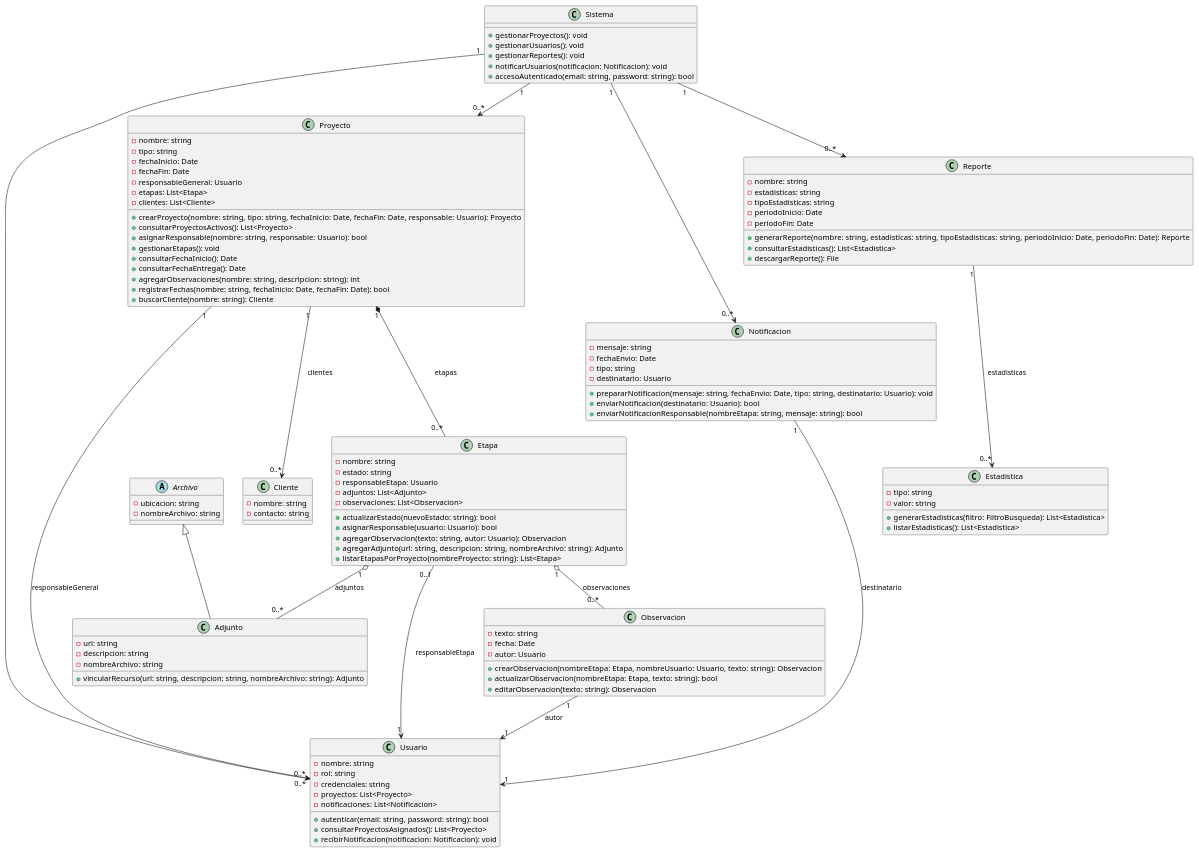
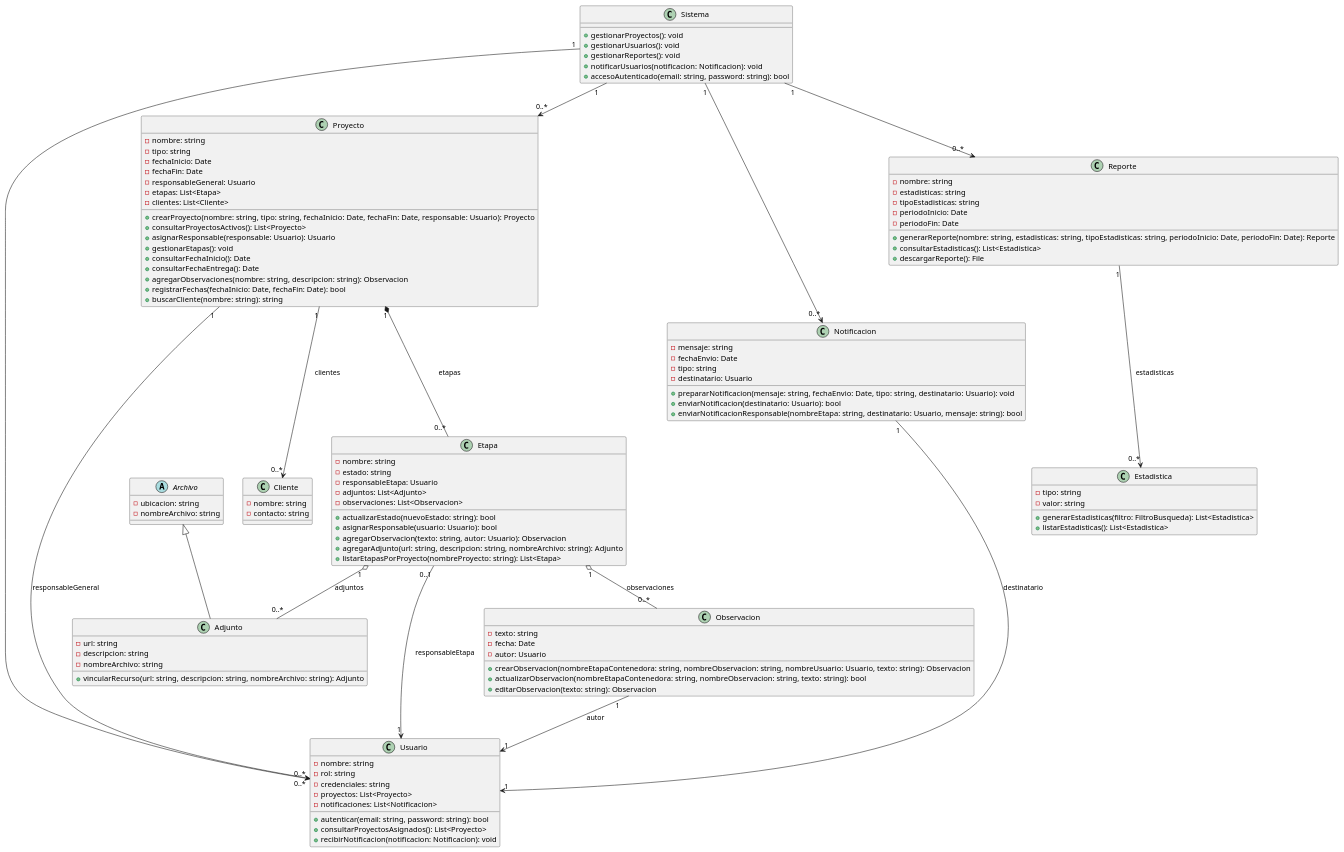
One commit to 9919-Mili/SistemaProductoraVideos changed the diagram in diagramas/01-diagrama-clases/01-diagrama-clases-final.puml. Above: the diagram before and after it, drawn with PlantUML. The commit also changed 1 other file, not shown here.

Commit message:
Fixes diagrama de clases final

```diff
--- a/diagramas/01-diagrama-clases/01-diagrama-clases-final.puml
+++ b/diagramas/01-diagrama-clases/01-diagrama-clases-final.puml
@@ -1,130 +1,130 @@
 @startuml 01-diagrama-clases-final-refinado
 
 ' Diagrama de clases refinado (copia consistente con matrices CLAE y CRC)
 
 abstract class Archivo {
     - ubicacion: string
     - nombreArchivo: string
 }
 
 class Sistema {
     + gestionarProyectos(): void
     + gestionarUsuarios(): void
     + gestionarReportes(): void
     + notificarUsuarios(notificacion: Notificacion): void
     + accesoAutenticado(email: string, password: string): bool
 }
 
 class Usuario {
     - nombre: string
     - rol: string
     - credenciales: string
     - proyectos: List<Proyecto>
     - notificaciones: List<Notificacion>
     + autenticar(email: string, password: string): bool
     + consultarProyectosAsignados(): List<Proyecto>
     + recibirNotificacion(notificacion: Notificacion): void
 }
 
 class Cliente {
     - nombre: string
     - contacto: string
 }
 
 class Proyecto {
     - nombre: string
     - tipo: string
     - fechaInicio: Date
     - fechaFin: Date
     - responsableGeneral: Usuario
     - etapas: List<Etapa>
     - clientes: List<Cliente>
     + crearProyecto(nombre: string, tipo: string, fechaInicio: Date, fechaFin: Date, responsable: Usuario): Proyecto
     + consultarProyectosActivos(): List<Proyecto>
-    + asignarResponsable(nombre: string, responsable: Usuario): bool
+    + asignarResponsable(responsable: Usuario): Usuario
     + gestionarEtapas(): void
     + consultarFechaInicio(): Date
     + consultarFechaEntrega(): Date
-    + agregarObservaciones(nombre: string, descripcion: string): int
-    + registrarFechas(nombre: string, fechaInicio: Date, fechaFin: Date): bool
-    + buscarCliente(nombre: string): Cliente
+    + agregarObservaciones(nombre: string, descripcion: string): Observacion
+    + registrarFechas(fechaInicio: Date, fechaFin: Date): bool
+    + buscarCliente(nombre: string): string
 }
 
 class Etapa {
     - nombre: string
     - estado: string
     - responsableEtapa: Usuario
     - adjuntos: List<Adjunto>
     - observaciones: List<Observacion>
     + actualizarEstado(nuevoEstado: string): bool
     + asignarResponsable(usuario: Usuario): bool
     + agregarObservacion(texto: string, autor: Usuario): Observacion
     + agregarAdjunto(url: string, descripcion: string, nombreArchivo: string): Adjunto
     + listarEtapasPorProyecto(nombreProyecto: string): List<Etapa>
 }
 
 class Observacion {
     - texto: string
     - fecha: Date
     - autor: Usuario
-    + crearObservacion(nombreEtapa: Etapa, nombreUsuario: Usuario, texto: string): Observacion
-    + actualizarObservacion(nombreEtapa: Etapa, texto: string): bool
+    + crearObservacion(nombreEtapaContenedora: string, nombreObservacion: string, nombreUsuario: Usuario, texto: string): Observacion
+    + actualizarObservacion(nombreEtapaContenedora: string, nombreObservacion: string, texto: string): bool
     + editarObservacion(texto: string): Observacion
 }
 
 
 class Adjunto {
     - url: string
     - descripcion: string
     - nombreArchivo: string
     + vincularRecurso(url: string, descripcion: string, nombreArchivo: string): Adjunto
 }
 
 class Notificacion {
     - mensaje: string
     - fechaEnvio: Date
     - tipo: string
     - destinatario: Usuario
     + prepararNotificacion(mensaje: string, fechaEnvio: Date, tipo: string, destinatario: Usuario): void
     + enviarNotificacion(destinatario: Usuario): bool
-    + enviarNotificacionResponsable(nombreEtapa: string, mensaje: string): bool
+    + enviarNotificacionResponsable(nombreEtapa: string, destinatario: Usuario, mensaje: string): bool
 }
 
 class Reporte {
     - nombre: string
     - estadisticas: string
     - tipoEstadisticas: string
     - periodoInicio: Date
     - periodoFin: Date
     + generarReporte(nombre: string, estadisticas: string, tipoEstadisticas: string, periodoInicio: Date, periodoFin: Date): Reporte
     + consultarEstadisticas(): List<Estadistica>
     + descargarReporte(): File
 }
 
 class Estadistica {
     - tipo: string
     - valor: string
     + generarEstadisticas(filtro: FiltroBusqueda): List<Estadistica>
     + listarEstadisticas(): List<Estadistica>
 }
 
 
 ' Herencia / Especialización
 Archivo <|-- Adjunto
 
 ' Relaciones y multiplicidades (derivadas de matrices CLAE y tarjetas CRC)
 Proyecto "1" *-- "0..*" Etapa : etapas
 Etapa "1" o-- "0..*" Observacion : observaciones
 Etapa "1" o-- "0..*" Adjunto : adjuntos
 Etapa "0..1" --> "1" Usuario : responsableEtapa
 Proyecto "1" --> "0..*" Usuario : responsableGeneral
 Observacion "1" --> "1" Usuario : autor
 Notificacion "1" --> "1" Usuario : destinatario
 Proyecto "1" --> "0..*" Cliente : clientes
 Reporte "1" --> "0..*" Estadistica : estadisticas
 Sistema "1" --> "0..*" Proyecto
 Sistema "1" --> "0..*" Usuario
 Sistema "1" --> "0..*" Reporte
 Sistema "1" --> "0..*" Notificacion
 
 @enduml
```
